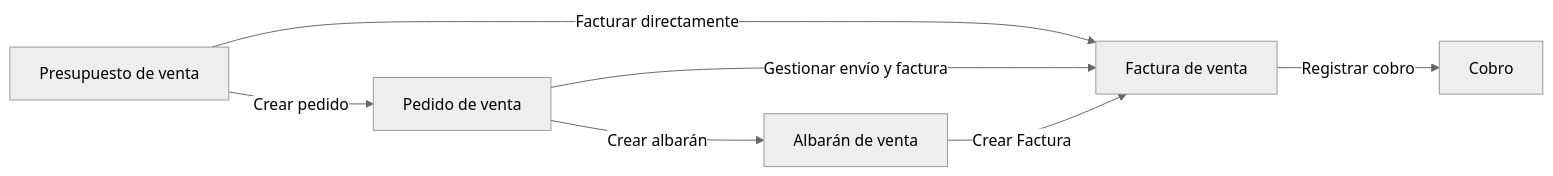
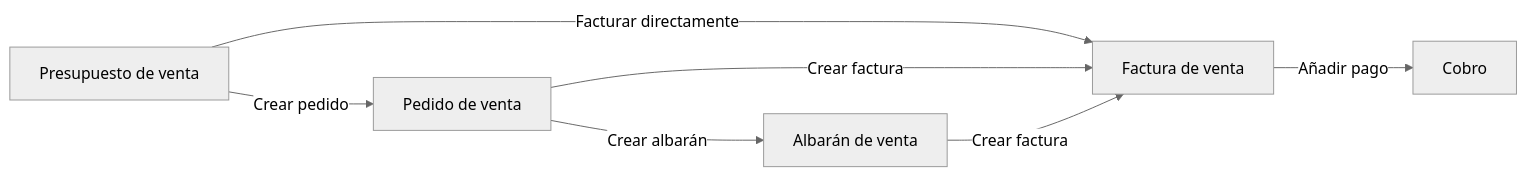
The diagram in docs/es/comercial/ventas/que-es-la-seccion-ventas/que-es-la-seccion-ventas.md (etendosoftware/etendo-go-docs), drawn with Mermaid (neutral theme) before and after one commit. The commit also changed other lines of this file and 21 other files, not shown here.

````diff
--- a/docs/es/comercial/ventas/que-es-la-seccion-ventas/que-es-la-seccion-ventas.md
+++ b/docs/es/comercial/ventas/que-es-la-seccion-ventas/que-es-la-seccion-ventas.md
@@ -21,9 +21,9 @@
 ```mermaid
 flowchart LR
   A[Presupuesto de venta] -->|Crear pedido| B[Pedido de venta]
   A -->|Facturar directamente| D[Factura de venta]
   B -->|Crear albarán| C[Albarán de venta]
-  B -->|Gestionar envío y factura| D
-  C -->|Crear Factura| D
-  D -->|Registrar cobro| E[Cobro]
+  B -->|Crear factura| D
+  C -->|Crear factura| D
+  D -->|Añadir pago| E[Cobro]
 ```
````
